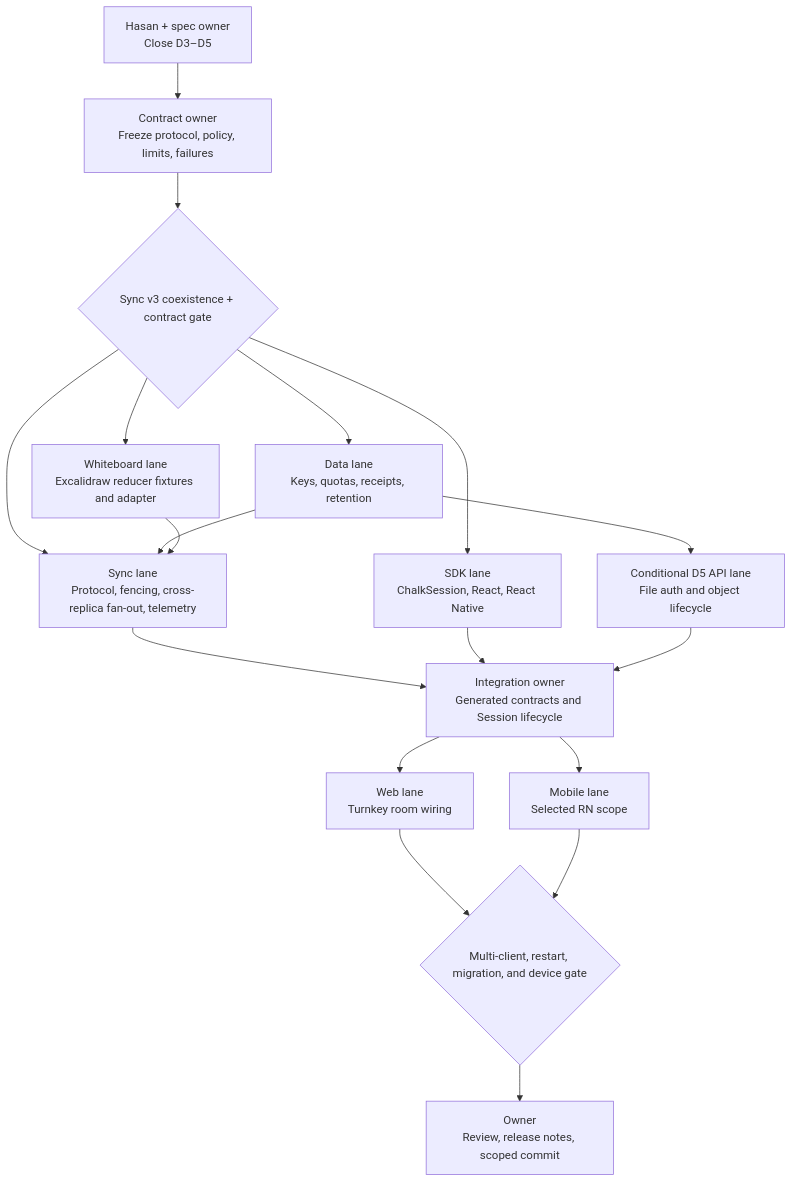
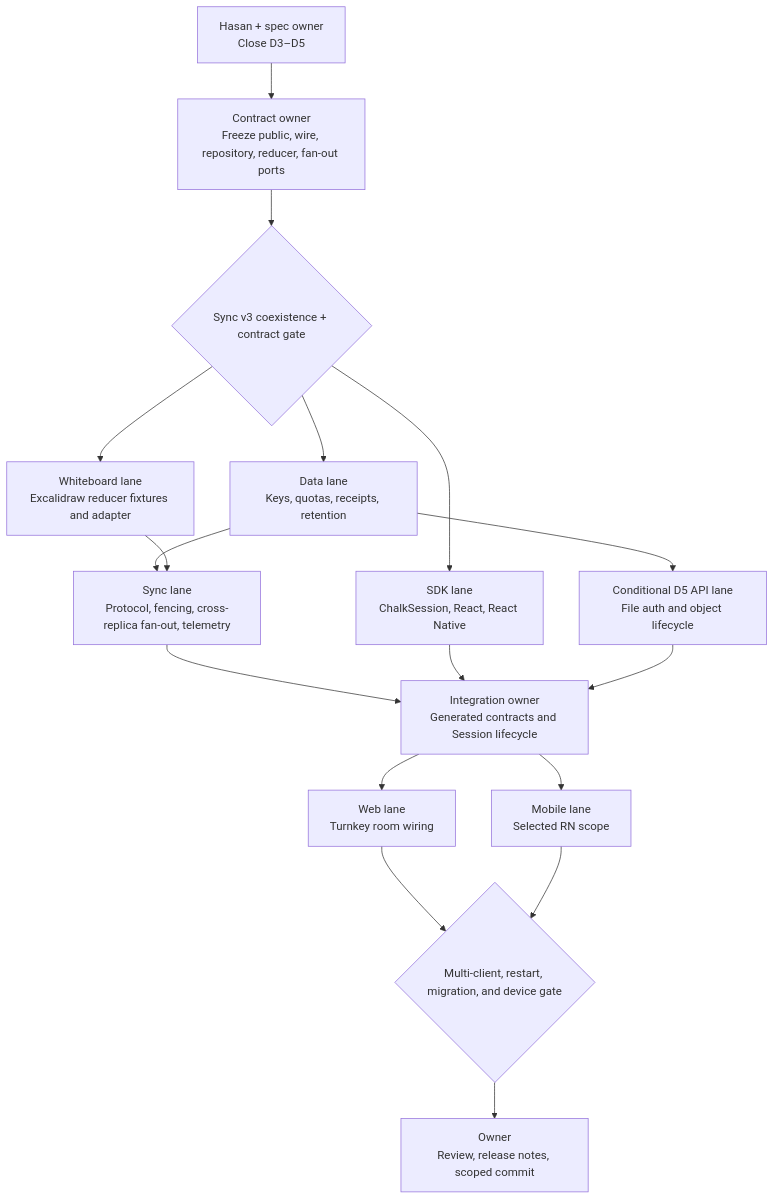
One commit to Q9Labs/chalk changed the second of 2 diagrams in scratchpad/chalk-room-actions-spec-2026-07-29.md. Above: the diagram before and after it, drawn with Mermaid. The commit also changed other lines of this file and 3 other files, not shown here.

````diff
--- a/scratchpad/chalk-room-actions-spec-2026-07-29.md
+++ b/scratchpad/chalk-room-actions-spec-2026-07-29.md
@@ -784,33 +1100,32 @@
 ```mermaid
 flowchart TD
   D["Hasan + spec owner<br/>Close D3–D5"]
-  F["Contract owner<br/>Freeze protocol, policy, limits, failures"]
+  F["Contract owner<br/>Freeze public, wire, repository, reducer, fan-out ports"]
   G1{"Sync v3 coexistence + contract gate"}
   DB["Data lane<br/>Keys, quotas, receipts, retention"]
   SE["Sync lane<br/>Protocol, fencing, cross-replica fan-out, telemetry"]
   FILES["Conditional D5 API lane<br/>File auth and object lifecycle"]
   SDK["SDK lane<br/>ChalkSession, React, React Native"]
   WB["Whiteboard lane<br/>Excalidraw reducer fixtures and adapter"]
   INT["Integration owner<br/>Generated contracts and Session lifecycle"]
   WEB["Web lane<br/>Turnkey room wiring"]
   MOB["Mobile lane<br/>Selected RN scope"]
   G2{"Multi-client, restart, migration, and device gate"}
   HANDOFF["Owner<br/>Review, release notes, scoped commit"]
 
   D --> F --> G1
   G1 --> DB
-  G1 --> SE
   G1 --> SDK
   G1 --> WB
   DB --> SE
   WB --> SE
   DB --> FILES
   SE --> INT
   SDK --> INT
   FILES --> INT
   INT --> WEB
   INT --> MOB
   WEB --> G2
   MOB --> G2
   G2 --> HANDOFF
 ```
````
